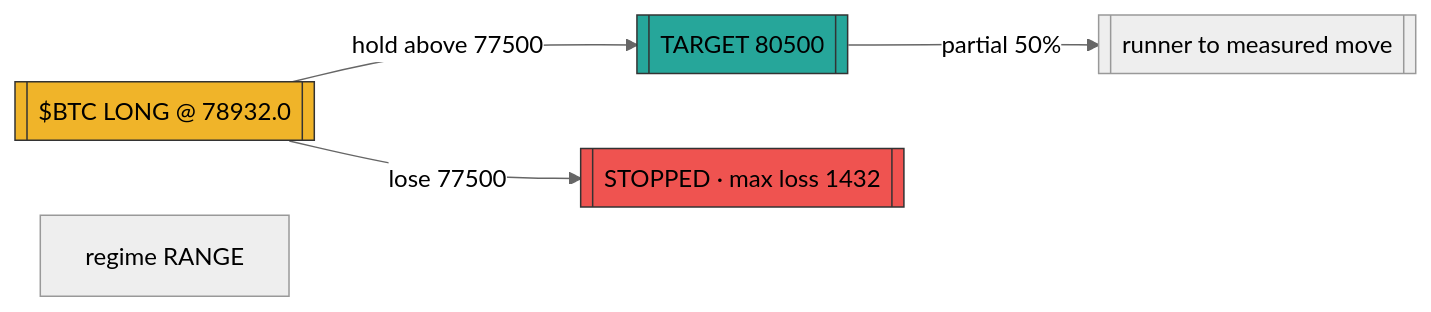
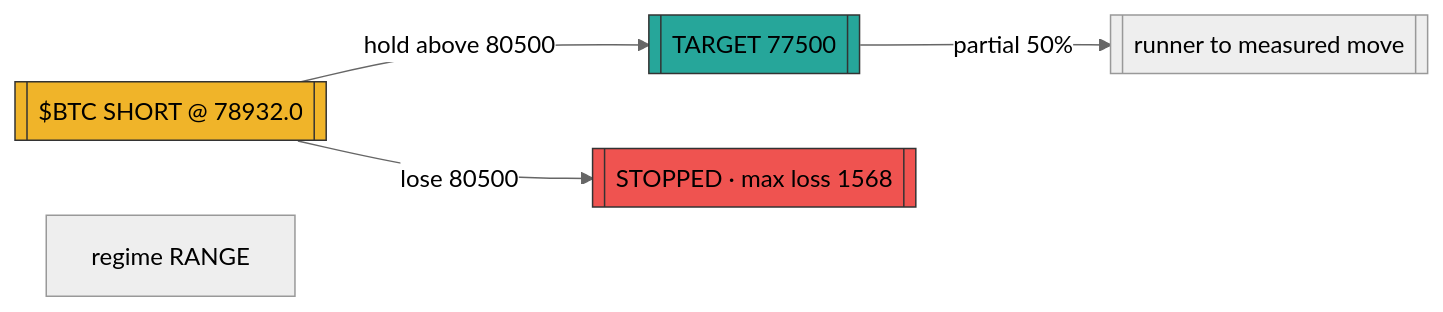
One commit to prx0r/BEAR changed the diagram in astronomer/data/proveout_posts_astronomer_zero/2092223565034918339.mmd. Above: the diagram before and after it, drawn with Mermaid (neutral theme). The commit also changed 586 other files, not shown here.

```diff
--- a/astronomer/data/proveout_posts_astronomer_zero/2092223565034918339.mmd
+++ b/astronomer/data/proveout_posts_astronomer_zero/2092223565034918339.mmd
@@ -1,9 +1,9 @@
 flowchart LR
-    sig[["$BTC LONG @ 78932.0"]]
-    sig -->|"hold above 77500"| tgt[["TARGET 80500"]]
-    sig -->|"lose 77500"| stp[["STOPPED · max loss 1432"]]
+    sig[["$BTC SHORT @ 78932.0"]]
+    sig -->|"hold above 80500"| tgt[["TARGET 77500"]]
+    sig -->|"lose 80500"| stp[["STOPPED · max loss 1568"]]
     tgt -->|"partial 50%"| t2[["runner to measured move"]]
     style sig fill:#f0b429,stroke:#333
     style tgt fill:#26a69a,stroke:#333
     style stp fill:#ef5350,stroke:#333
     sub["regime RANGE" ]
```
